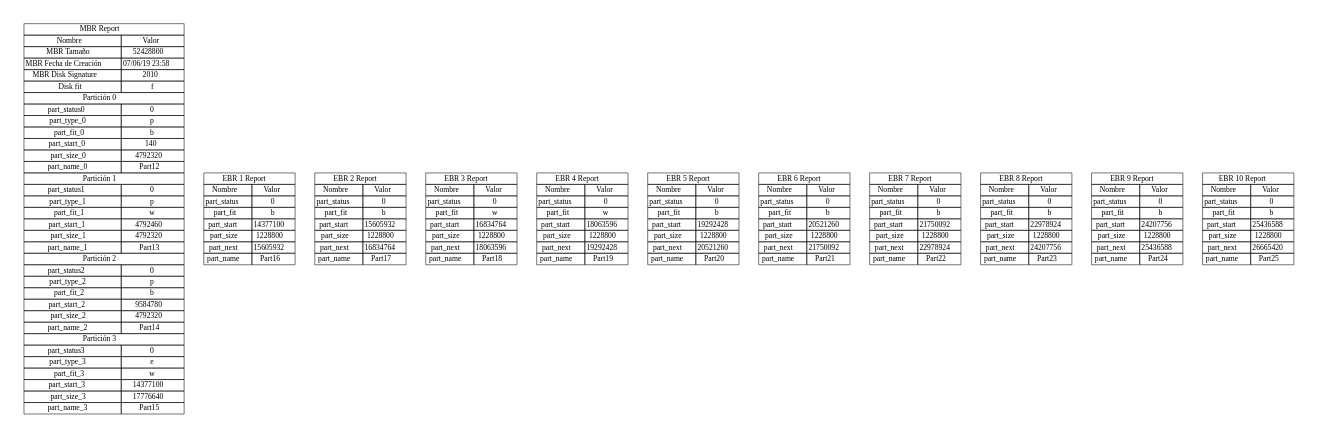
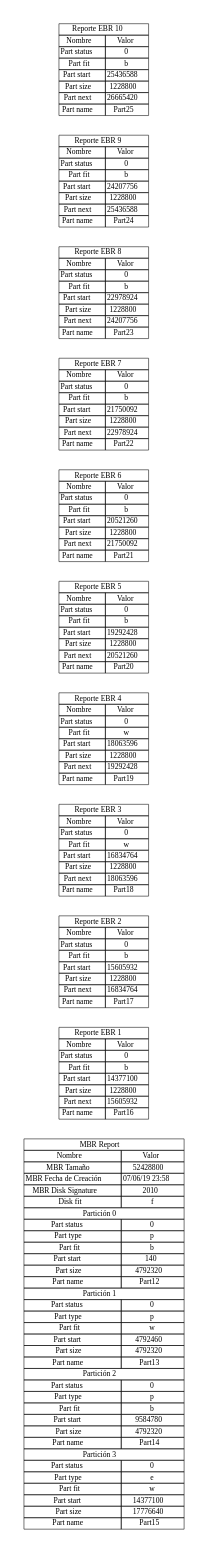
Before and after one commit to MacoChave/DiskParted: the diagram in mbr_report.dot, drawn with Graphviz. The commit also changed 4 other files, not shown here.

```diff
--- a/mbr_report.dot
+++ b/mbr_report.dot
@@ -1,7 +1,7 @@
 digraph {
 	graph[pad="0.5", nodesep="0.5", ranksep="2"]
 	node [shape = plain]
-	rankdir = TD
+	rankdir = LR
 	MBR [label=<
 		<table border="0" cellborder="1" cellspacing="0">
 			<tr>
@@ -31,108 +31,108 @@
 				<td colspan="2">Partición 0</td>
 			</tr>
 			<tr>
-				<td>part_status0</td>
+				<td>Part status</td>
 				<td>0</td>
 			</tr>
 			<tr>
-				<td>part_type_0</td>
+				<td>Part type</td>
 				<td>p</td>
 			</tr>
 			<tr>
-				<td>part_fit_0</td>
+				<td>Part fit</td>
 				<td>b</td>
 			</tr>
 			<tr>
-				<td>part_start_0</td>
+				<td>Part start</td>
 				<td>140</td>
 			</tr>
 			<tr>
-				<td>part_size_0</td>
+				<td>Part size</td>
 				<td>4792320</td>
 			</tr>
 			<tr>
-				<td>part_name_0</td>
+				<td>Part name</td>
 				<td>Part12</td>
 			</tr>
 			<tr>
 				<td colspan="2">Partición 1</td>
 			</tr>
 			<tr>
-				<td>part_status1</td>
+				<td>Part status</td>
 				<td>0</td>
 			</tr>
 			<tr>
-				<td>part_type_1</td>
+				<td>Part type</td>
 				<td>p</td>
 			</tr>
 			<tr>
-				<td>part_fit_1</td>
+				<td>Part fit</td>
 				<td>w</td>
 			</tr>
 			<tr>
-				<td>part_start_1</td>
+				<td>Part start</td>
 				<td>4792460</td>
 			</tr>
 			<tr>
-				<td>part_size_1</td>
+				<td>Part size</td>
 				<td>4792320</td>
 			</tr>
 			<tr>
-				<td>part_name_1</td>
+				<td>Part name</td>
 				<td>Part13</td>
 			</tr>
 			<tr>
 				<td colspan="2">Partición 2</td>
 			</tr>
 			<tr>
-				<td>part_status2</td>
+				<td>Part status</td>
 				<td>0</td>
 			</tr>
 			<tr>
-				<td>part_type_2</td>
+				<td>Part type</td>
 				<td>p</td>
 			</tr>
 			<tr>
-				<td>part_fit_2</td>
+				<td>Part fit</td>
 				<td>b</td>
 			</tr>
 			<tr>
-				<td>part_start_2</td>
+				<td>Part start</td>
 				<td>9584780</td>
 			</tr>
 			<tr>
-				<td>part_size_2</td>
+				<td>Part size</td>
 				<td>4792320</td>
 			</tr>
 			<tr>
-				<td>part_name_2</td>
+				<td>Part name</td>
 				<td>Part14</td>
 			</tr>
 			<tr>
 				<td colspan="2">Partición 3</td>
 			</tr>
 			<tr>
-				<td>part_status3</td>
+				<td>Part status</td>
 				<td>0</td>
 			</tr>
 			<tr>
-				<td>part_type_3</td>
+				<td>Part type</td>
 				<td>e</td>
 			</tr>
 			<tr>
-				<td>part_fit_3</td>
+				<td>Part fit</td>
 				<td>w</td>
 			</tr>
 			<tr>
-				<td>part_start_3</td>
+				<td>Part start</td>
 				<td>14377100</td>
 			</tr>
 			<tr>
-				<td>part_size_3</td>
+				<td>Part size</td>
 				<td>17776640</td>
 			</tr>
 			<tr>
-				<td>part_name_3</td>
+				<td>Part name</td>
 				<td>Part15</td>
 			</tr>
 		</table>
@@ -140,34 +140,34 @@
 	EBR1 [label=<
 		<table border="0" cellborder="1" cellspacing="0">
 			<tr>
-				<td colspan="2">EBR 1 Report</td>
+				<td colspan="2">Reporte EBR 1</td>
 			</tr>
 			<tr>
 				<td>Nombre</td>
 				<td>Valor</td>
 			</tr>
 			<tr>
-				<td>part_status</td>
+				<td>Part status</td>
 				<td>0</td>
 			</tr>
 			<tr>
-				<td>part_fit</td>
+				<td>Part fit</td>
 				<td>b</td>
 			</tr>
 			<tr>
-				<td>part_start</td>
+				<td>Part start</td>
 				<td>14377100</td>
 			</tr>
 			<tr>
-				<td>part_size</td>
+				<td>Part size</td>
 				<td>1228800</td>
 			</tr>
 			<tr>
-				<td>part_next</td>
+				<td>Part next</td>
 				<td>15605932</td>
 			</tr>
 			<tr>
-				<td>part_name</td>
+				<td>Part name</td>
 				<td>Part16</td>
 			</tr>
 		</table>
@@ -175,34 +175,34 @@
 	EBR2 [label=<
 		<table border="0" cellborder="1" cellspacing="0">
 			<tr>
-				<td colspan="2">EBR 2 Report</td>
+				<td colspan="2">Reporte EBR 2</td>
 			</tr>
 			<tr>
 				<td>Nombre</td>
 				<td>Valor</td>
 			</tr>
 			<tr>
-				<td>part_status</td>
+				<td>Part status</td>
 				<td>0</td>
 			</tr>
 			<tr>
-				<td>part_fit</td>
+				<td>Part fit</td>
 				<td>b</td>
 			</tr>
 			<tr>
-				<td>part_start</td>
+				<td>Part start</td>
 				<td>15605932</td>
 			</tr>
 			<tr>
-				<td>part_size</td>
+				<td>Part size</td>
 				<td>1228800</td>
 			</tr>
 			<tr>
-				<td>part_next</td>
+				<td>Part next</td>
 				<td>16834764</td>
 			</tr>
 			<tr>
-				<td>part_name</td>
+				<td>Part name</td>
 				<td>Part17</td>
 			</tr>
 		</table>
@@ -210,34 +210,34 @@
 	EBR3 [label=<
 		<table border="0" cellborder="1" cellspacing="0">
 			<tr>
-				<td colspan="2">EBR 3 Report</td>
+				<td colspan="2">Reporte EBR 3</td>
 			</tr>
 			<tr>
 				<td>Nombre</td>
 				<td>Valor</td>
 			</tr>
 			<tr>
-				<td>part_status</td>
+				<td>Part status</td>
 				<td>0</td>
 			</tr>
 			<tr>
-				<td>part_fit</td>
+				<td>Part fit</td>
 				<td>w</td>
 			</tr>
 			<tr>
-				<td>part_start</td>
+				<td>Part start</td>
 				<td>16834764</td>
 			</tr>
 			<tr>
-				<td>part_size</td>
+				<td>Part size</td>
 				<td>1228800</td>
 			</tr>
 			<tr>
-				<td>part_next</td>
+				<td>Part next</td>
 				<td>18063596</td>
 			</tr>
 			<tr>
-				<td>part_name</td>
+				<td>Part name</td>
 				<td>Part18</td>
 			</tr>
 		</table>
@@ -245,34 +245,34 @@
 	EBR4 [label=<
 		<table border="0" cellborder="1" cellspacing="0">
 			<tr>
-				<td colspan="2">EBR 4 Report</td>
+				<td colspan="2">Reporte EBR 4</td>
 			</tr>
 			<tr>
 				<td>Nombre</td>
 				<td>Valor</td>
 			</tr>
 			<tr>
-				<td>part_status</td>
+				<td>Part status</td>
 				<td>0</td>
 			</tr>
 			<tr>
-				<td>part_fit</td>
+				<td>Part fit</td>
 				<td>w</td>
 			</tr>
 			<tr>
-				<td>part_start</td>
+				<td>Part start</td>
 				<td>18063596</td>
 			</tr>
 			<tr>
-				<td>part_size</td>
+				<td>Part size</td>
 				<td>1228800</td>
 			</tr>
 			<tr>
-				<td>part_next</td>
+				<td>Part next</td>
 				<td>19292428</td>
 			</tr>
 			<tr>
-				<td>part_name</td>
+				<td>Part name</td>
 				<td>Part19</td>
 			</tr>
 		</table>
@@ -280,34 +280,34 @@
 	EBR5 [label=<
 		<table border="0" cellborder="1" cellspacing="0">
 			<tr>
-				<td colspan="2">EBR 5 Report</td>
+				<td colspan="2">Reporte EBR 5</td>
 			</tr>
 			<tr>
 				<td>Nombre</td>
 				<td>Valor</td>
 			</tr>
 			<tr>
-				<td>part_status</td>
+				<td>Part status</td>
 				<td>0</td>
 			</tr>
 			<tr>
-				<td>part_fit</td>
+				<td>Part fit</td>
 				<td>b</td>
 			</tr>
 			<tr>
-				<td>part_start</td>
+				<td>Part start</td>
 				<td>19292428</td>
 			</tr>
 			<tr>
-				<td>part_size</td>
+				<td>Part size</td>
 				<td>1228800</td>
 			</tr>
 			<tr>
-				<td>part_next</td>
+				<td>Part next</td>
 				<td>20521260</td>
 			</tr>
 			<tr>
-				<td>part_name</td>
+				<td>Part name</td>
 				<td>Part20</td>
 			</tr>
 		</table>
@@ -315,34 +315,34 @@
 	EBR6 [label=<
 		<table border="0" cellborder="1" cellspacing="0">
 			<tr>
-				<td colspan="2">EBR 6 Report</td>
+				<td colspan="2">Reporte EBR 6</td>
 			</tr>
 			<tr>
 				<td>Nombre</td>
 				<td>Valor</td>
 			</tr>
 			<tr>
-				<td>part_status</td>
+				<td>Part status</td>
 				<td>0</td>
 			</tr>
 			<tr>
-				<td>part_fit</td>
+				<td>Part fit</td>
 				<td>b</td>
 			</tr>
 			<tr>
-				<td>part_start</td>
+				<td>Part start</td>
 				<td>20521260</td>
 			</tr>
 			<tr>
-				<td>part_size</td>
+				<td>Part size</td>
 				<td>1228800</td>
 			</tr>
 			<tr>
-				<td>part_next</td>
+				<td>Part next</td>
 				<td>21750092</td>
 			</tr>
 			<tr>
-				<td>part_name</td>
+				<td>Part name</td>
 				<td>Part21</td>
 			</tr>
 		</table>
@@ -350,34 +350,34 @@
 	EBR7 [label=<
 		<table border="0" cellborder="1" cellspacing="0">
 			<tr>
-				<td colspan="2">EBR 7 Report</td>
+				<td colspan="2">Reporte EBR 7</td>
 			</tr>
 			<tr>
 				<td>Nombre</td>
 				<td>Valor</td>
 			</tr>
 			<tr>
-				<td>part_status</td>
+				<td>Part status</td>
 				<td>0</td>
 			</tr>
 			<tr>
-				<td>part_fit</td>
+				<td>Part fit</td>
 				<td>b</td>
 			</tr>
 			<tr>
-				<td>part_start</td>
+				<td>Part start</td>
 				<td>21750092</td>
 			</tr>
 			<tr>
-				<td>part_size</td>
+				<td>Part size</td>
 				<td>1228800</td>
 			</tr>
 			<tr>
-				<td>part_next</td>
+				<td>Part next</td>
 				<td>22978924</td>
 			</tr>
 			<tr>
-				<td>part_name</td>
+				<td>Part name</td>
 				<td>Part22</td>
 			</tr>
 		</table>
@@ -385,34 +385,34 @@
 	EBR8 [label=<
 		<table border="0" cellborder="1" cellspacing="0">
 			<tr>
-				<td colspan="2">EBR 8 Report</td>
+				<td colspan="2">Reporte EBR 8</td>
 			</tr>
 			<tr>
 				<td>Nombre</td>
 				<td>Valor</td>
 			</tr>
 			<tr>
-				<td>part_status</td>
+				<td>Part status</td>
 				<td>0</td>
 			</tr>
 			<tr>
-				<td>part_fit</td>
+				<td>Part fit</td>
 				<td>b</td>
 			</tr>
 			<tr>
-				<td>part_start</td>
+				<td>Part start</td>
 				<td>22978924</td>
 			</tr>
 			<tr>
-				<td>part_size</td>
+				<td>Part size</td>
 				<td>1228800</td>
 			</tr>
 			<tr>
-				<td>part_next</td>
+				<td>Part next</td>
 				<td>24207756</td>
 			</tr>
 			<tr>
-				<td>part_name</td>
+				<td>Part name</td>
 				<td>Part23</td>
 			</tr>
 		</table>
@@ -420,34 +420,34 @@
 	EBR9 [label=<
 		<table border="0" cellborder="1" cellspacing="0">
 			<tr>
-				<td colspan="2">EBR 9 Report</td>
+				<td colspan="2">Reporte EBR 9</td>
 			</tr>
 			<tr>
 				<td>Nombre</td>
 				<td>Valor</td>
 			</tr>
 			<tr>
-				<td>part_status</td>
+				<td>Part status</td>
 				<td>0</td>
 			</tr>
 			<tr>
-				<td>part_fit</td>
+				<td>Part fit</td>
 				<td>b</td>
 			</tr>
 			<tr>
-				<td>part_start</td>
+				<td>Part start</td>
 				<td>24207756</td>
 			</tr>
 			<tr>
-				<td>part_size</td>
+				<td>Part size</td>
 				<td>1228800</td>
 			</tr>
 			<tr>
-				<td>part_next</td>
+				<td>Part next</td>
 				<td>25436588</td>
 			</tr>
 			<tr>
-				<td>part_name</td>
+				<td>Part name</td>
 				<td>Part24</td>
 			</tr>
 		</table>
@@ -455,34 +455,34 @@
 	EBR10 [label=<
 		<table border="0" cellborder="1" cellspacing="0">
 			<tr>
-				<td colspan="2">EBR 10 Report</td>
+				<td colspan="2">Reporte EBR 10</td>
 			</tr>
 			<tr>
 				<td>Nombre</td>
 				<td>Valor</td>
 			</tr>
 			<tr>
-				<td>part_status</td>
+				<td>Part status</td>
 				<td>0</td>
 			</tr>
 			<tr>
-				<td>part_fit</td>
+				<td>Part fit</td>
 				<td>b</td>
 			</tr>
 			<tr>
-				<td>part_start</td>
+				<td>Part start</td>
 				<td>25436588</td>
 			</tr>
 			<tr>
-				<td>part_size</td>
+				<td>Part size</td>
 				<td>1228800</td>
 			</tr>
 			<tr>
-				<td>part_next</td>
+				<td>Part next</td>
 				<td>26665420</td>
 			</tr>
 			<tr>
-				<td>part_name</td>
+				<td>Part name</td>
 				<td>Part25</td>
 			</tr>
 		</table>
```
